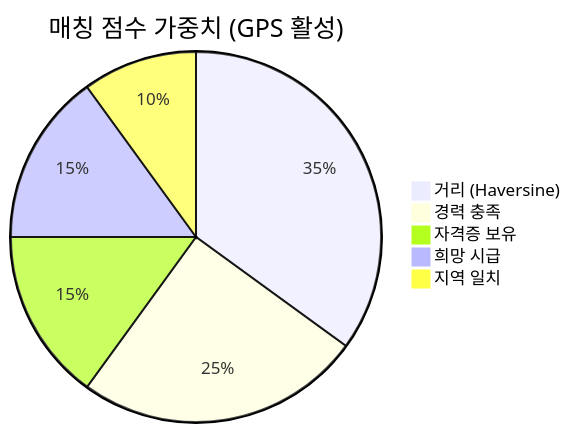
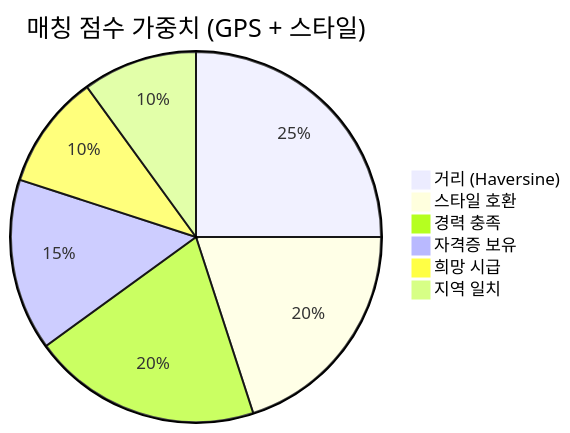
Before and after one commit to MaduJoe/PilaMatch: the second of 2 diagrams in README.md, drawn with Mermaid. The commit also changed other lines of this file and 50 other files, not shown here.

````diff
--- a/README.md
+++ b/README.md
@@ -274,8 +335,9 @@
 ```mermaid
-pie title 매칭 점수 가중치 (GPS 활성)
-    "거리 (Haversine)" : 35
-    "경력 충족" : 25
+pie title 매칭 점수 가중치 (GPS + 스타일)
+    "거리 (Haversine)" : 25
+    "스타일 호환" : 20
+    "경력 충족" : 20
     "자격증 보유" : 15
-    "희망 시급" : 15
+    "희망 시급" : 10
     "지역 일치" : 10
 ```
````
